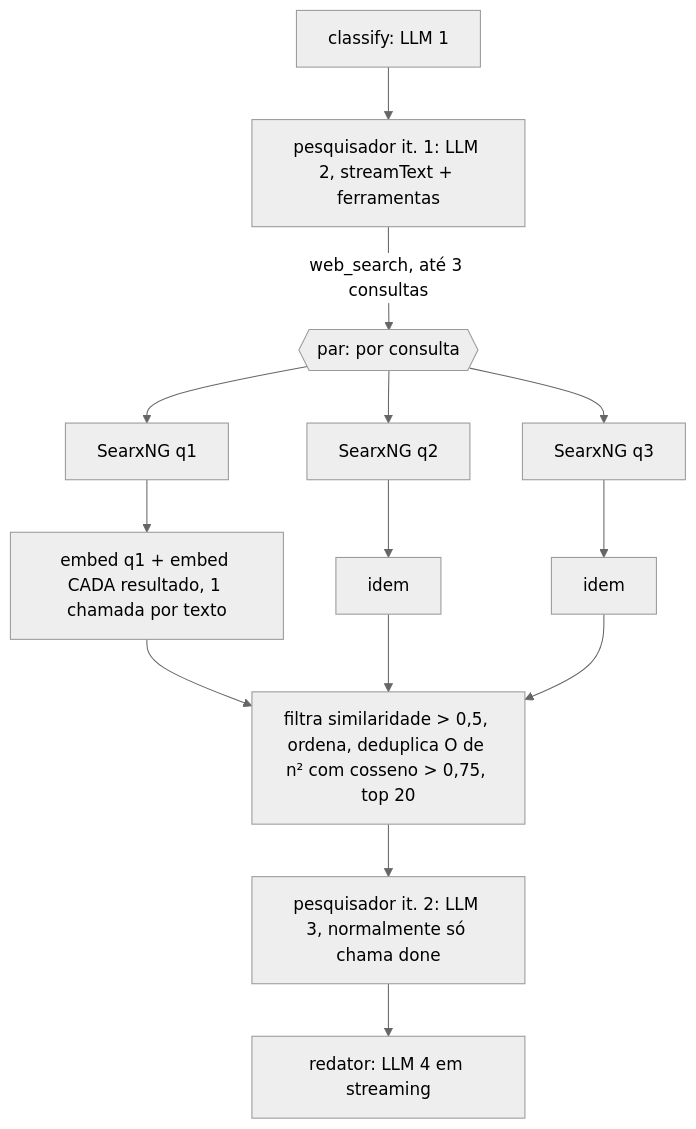
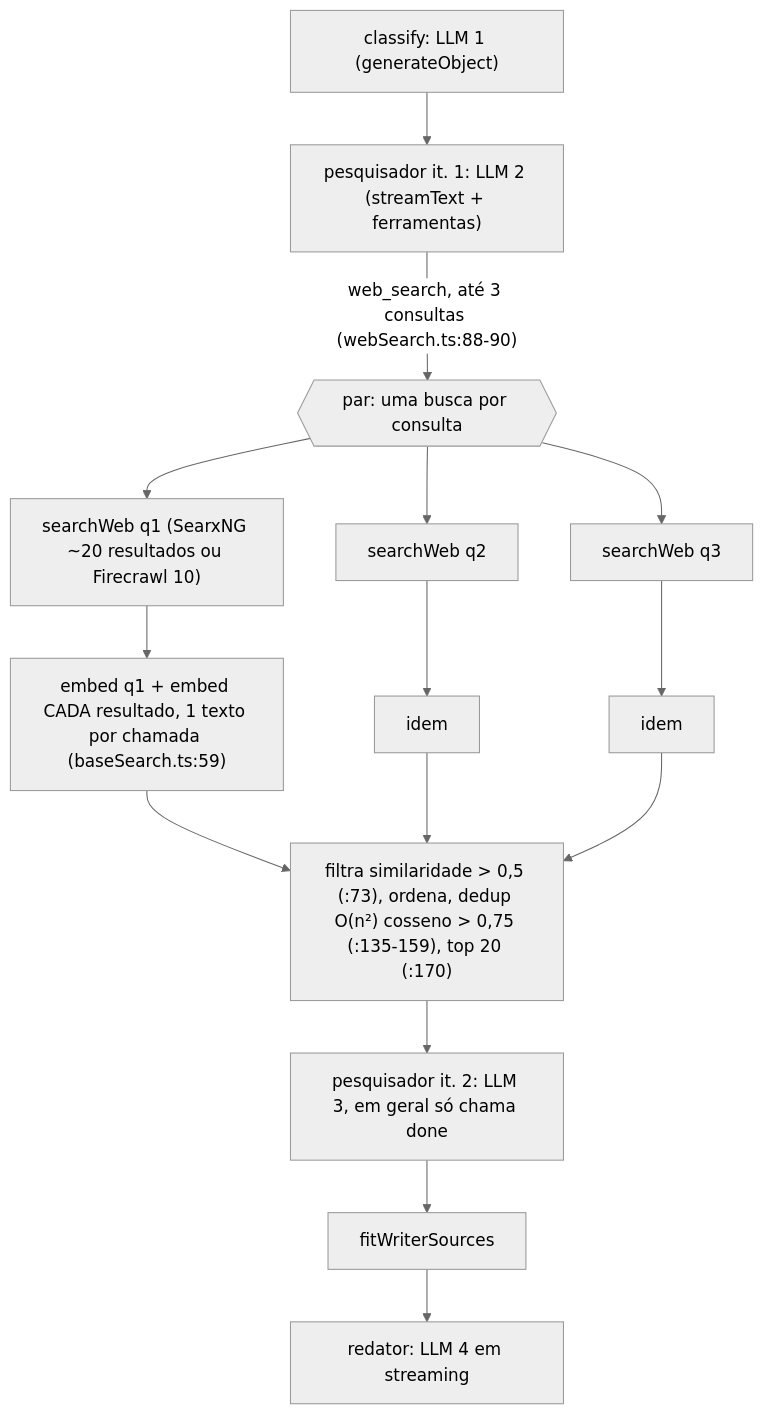
Before and after one commit to ItzCrazyKns/Vane: the second of 8 diagrams in perf-audit/architecture.md, drawn with Mermaid (neutral theme). The commit also changed other lines of this file and 4 other files, not shown here.

````diff
--- a/perf-audit/architecture.md
+++ b/perf-audit/architecture.md
@@ -76,11 +118,11 @@
 ```mermaid
 flowchart TD
-  C[classify: LLM 1] --> R1[pesquisador it. 1: LLM 2, streamText + ferramentas]
-  R1 -->|web_search, até 3 consultas| P{{par: por consulta}}
-  P --> S1[SearxNG q1] --> E1[embed q1 + embed CADA resultado, 1 chamada por texto]
-  P --> S2[SearxNG q2] --> E2[idem]
-  P --> S3[SearxNG q3] --> E3[idem]
-  E1 & E2 & E3 --> F[filtra similaridade > 0,5, ordena, deduplica O de n² com cosseno > 0,75, top 20]
-  F --> R2[pesquisador it. 2: LLM 3, normalmente só chama done]
-  R2 --> W[redator: LLM 4 em streaming]
+  C["classify: LLM 1 (generateObject)"] --> R1["pesquisador it. 1: LLM 2 (streamText + ferramentas)"]
+  R1 -->|"web_search, até 3 consultas (webSearch.ts:88-90)"| P{{"par: uma busca por consulta"}}
+  P --> S1["searchWeb q1 (SearxNG ~20 resultados ou Firecrawl 10)"] --> E1["embed q1 + embed CADA resultado, 1 texto por chamada (baseSearch.ts:59)"]
+  P --> S2["searchWeb q2"] --> E2["idem"]
+  P --> S3["searchWeb q3"] --> E3["idem"]
+  E1 & E2 & E3 --> F["filtra similaridade > 0,5 (:73), ordena, dedup O(n²) cosseno > 0,75 (:135-159), top 20 (:170)"]
+  F --> R2["pesquisador it. 2: LLM 3, em geral só chama done"]
+  R2 --> CTX["fitWriterSources"] --> W["redator: LLM 4 em streaming"]
 ```
````
